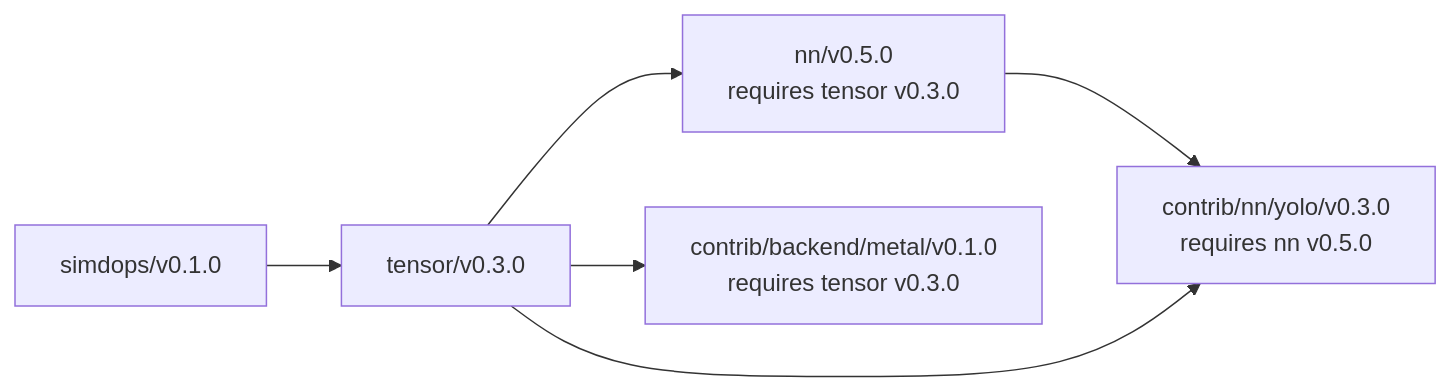
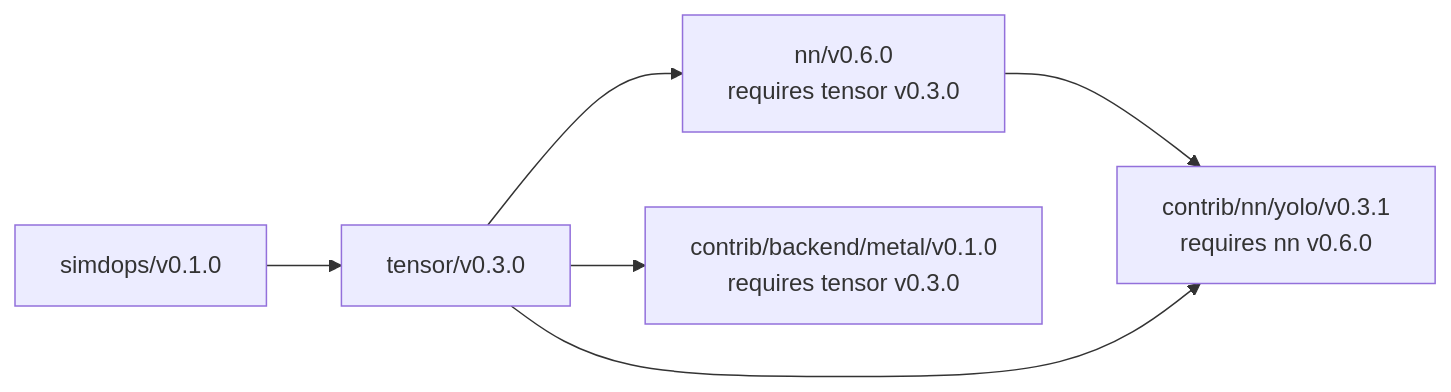
Before and after one commit to bpradana/goml: the first of 2 diagrams in docs/releasing.md, drawn with Mermaid. The commit also changed other lines of this file and 8 other files, not shown here.

````diff
--- a/docs/releasing.md
+++ b/docs/releasing.md
@@ -15,8 +16,8 @@
 ```mermaid
 flowchart LR
     SIMD["simdops/v0.1.0"] --> Tensor["tensor/v0.3.0"]
-    Tensor --> NN["nn/v0.5.0<br/>requires tensor v0.3.0"]
-    NN --> YOLO["contrib/nn/yolo/v0.3.0<br/>requires nn v0.5.0"]
+    Tensor --> NN["nn/v0.6.0<br/>requires tensor v0.3.0"]
+    NN --> YOLO["contrib/nn/yolo/v0.3.1<br/>requires nn v0.6.0"]
     Tensor --> YOLO
     Tensor --> Metal["contrib/backend/metal/v0.1.0<br/>requires tensor v0.3.0"]
 ```
````
